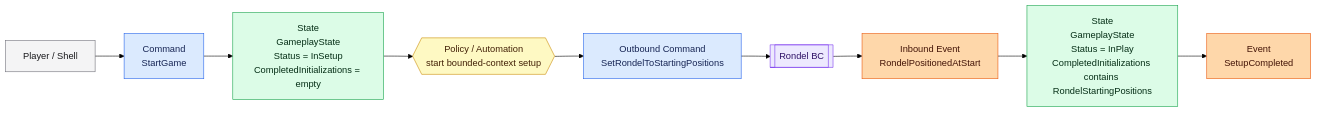
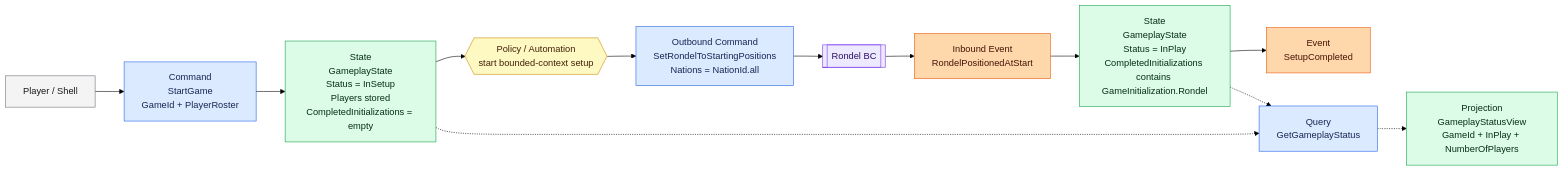
The first of 2 diagrams in docs/gameplay.md (bartul/imperium), drawn with Mermaid (forest theme) before and after one commit. The commit also changed other lines of this file and 16 other files, not shown here.

First line of the commit message:
Add Gameplay status projection query (#156)

````diff
--- a/docs/gameplay.md
+++ b/docs/gameplay.md
@@ -8,28 +8,33 @@
 ```mermaid
 flowchart LR
     actor["Player / Shell"]:::actor
-    startCmd["Command<br/>StartGame"]:::command
-    setupState["State<br/>GameplayState<br/>Status = InSetup<br/>CompletedInitializations = empty"]:::view
+    startCmd["Command<br/>StartGame<br/>GameId + PlayerRoster"]:::command
+    setupState["State<br/>GameplayState<br/>Status = InSetup<br/>Players stored<br/>CompletedInitializations = empty"]:::view
     policy{{"Policy / Automation<br/>start bounded-context setup"}}:::automation
-    rondelCmd["Outbound Command<br/>SetRondelToStartingPositions"]:::command
+    rondelCmd["Outbound Command<br/>SetRondelToStartingPositions<br/>Nations = NationId.all"]:::command
     rondelBc[["Rondel BC"]]:::bc
     positionedEvt["Inbound Event<br/>RondelPositionedAtStart"]:::event
-    inPlayState["State<br/>GameplayState<br/>Status = InPlay<br/>CompletedInitializations contains RondelStartingPositions"]:::view
+    inPlayState["State<br/>GameplayState<br/>Status = InPlay<br/>CompletedInitializations contains GameInitialization.Rondel"]:::view
     completedEvt["Event<br/>SetupCompleted"]:::event
+    statusQuery["Query<br/>GetGameplayStatus"]:::command
+    statusView["Projection<br/>GameplayStatusView<br/>GameId + InPlay + NumberOfPlayers"]:::view
 
     actor --> startCmd
     startCmd --> setupState
     setupState --> policy
     policy --> rondelCmd
     rondelCmd --> rondelBc
     rondelBc --> positionedEvt
     positionedEvt --> inPlayState
     inPlayState --> completedEvt
+    setupState -.-> statusQuery
+    inPlayState -.-> statusQuery
+    statusQuery -.-> statusView
 
     classDef actor fill:#f4f4f5,stroke:#71717a,color:#18181b;
     classDef command fill:#dbeafe,stroke:#2563eb,color:#172554;
     classDef event fill:#fed7aa,stroke:#ea580c,color:#431407;
     classDef view fill:#dcfce7,stroke:#16a34a,color:#052e16;
     classDef automation fill:#fef9c3,stroke:#ca8a04,color:#422006;
     classDef bc fill:#ede9fe,stroke:#7c3aed,color:#2e1065;
 ```
````
